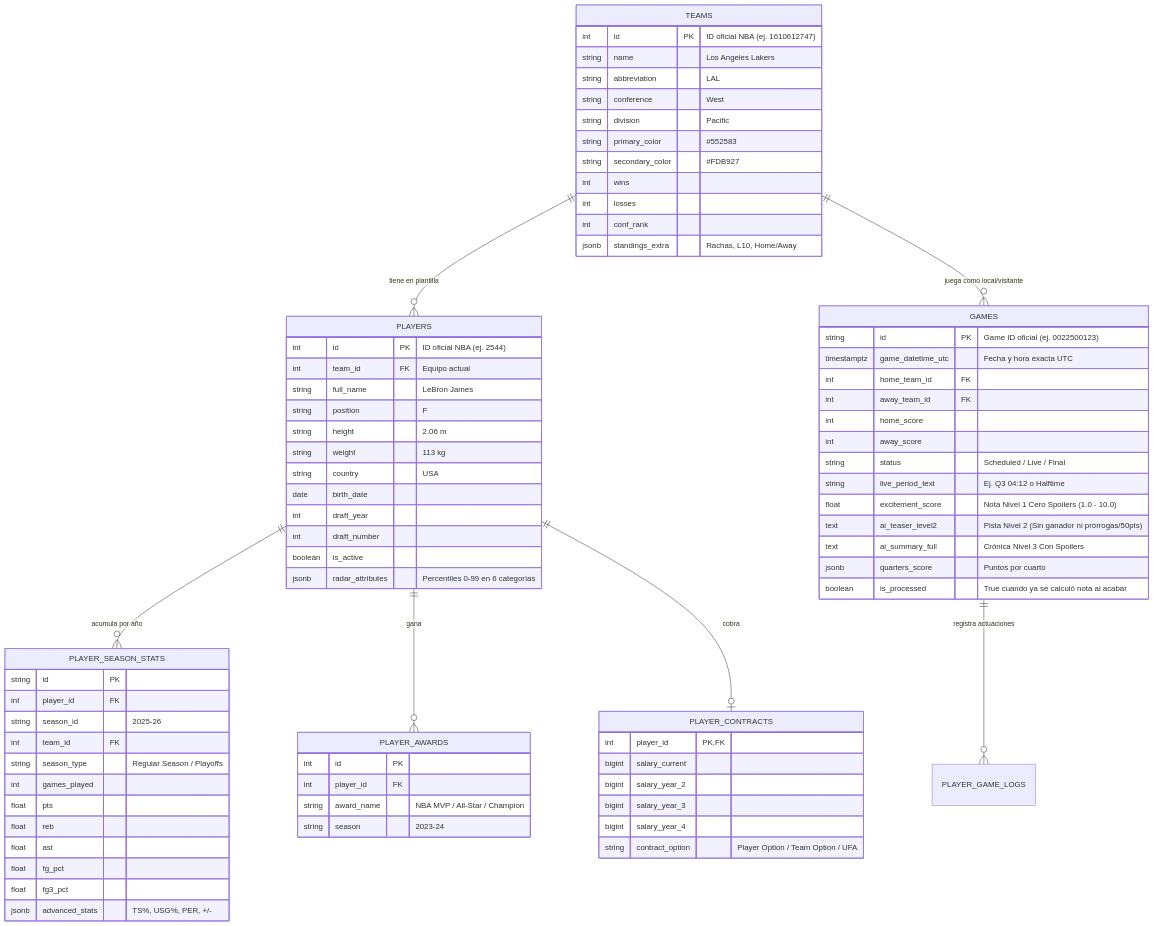
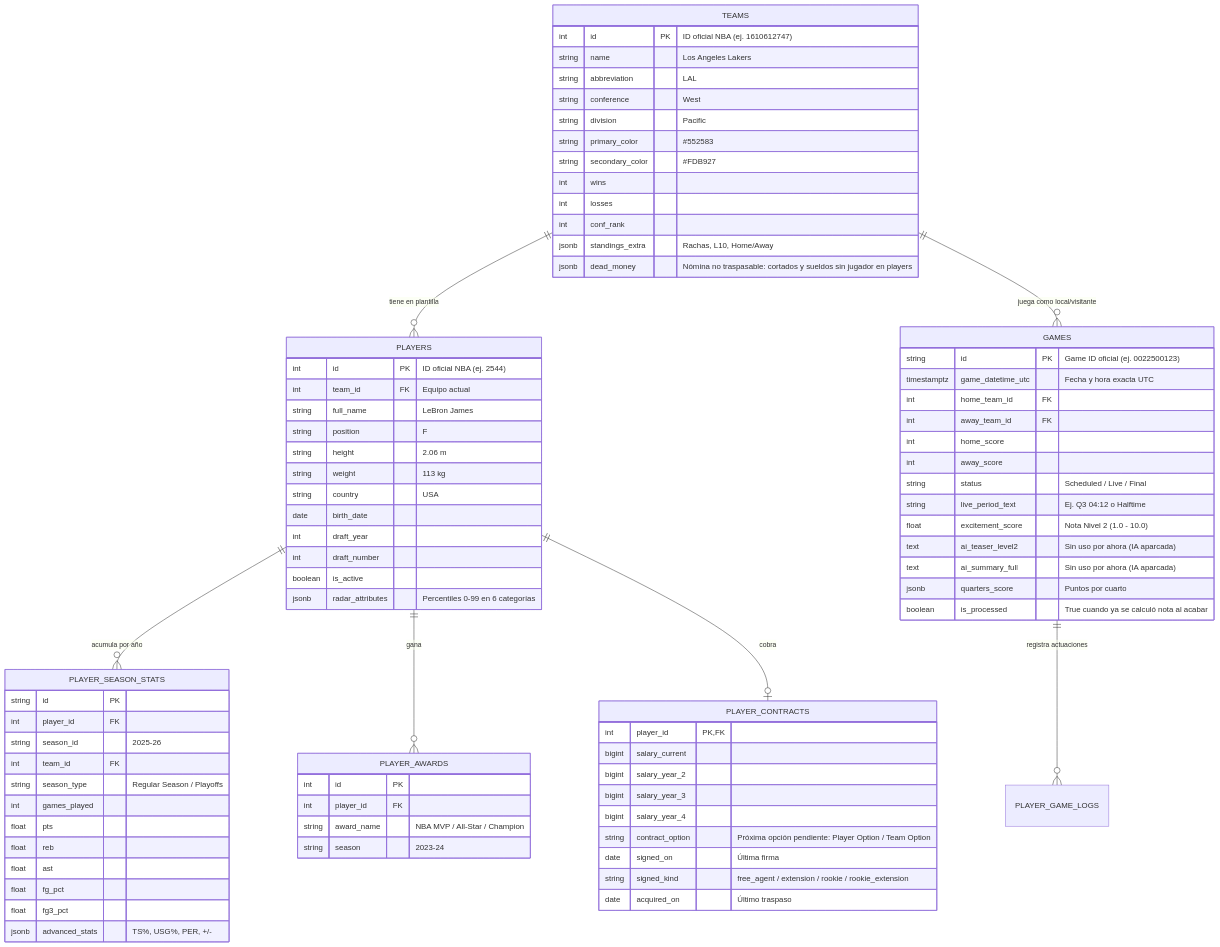
The second of 2 diagrams in README.md (apf310/hoopmeter), drawn with Mermaid before and after one commit. The commit also changed other lines of this file and 219 other files, not shown here.

````diff
--- a/README.md
+++ b/README.md
@@ -164,6 +162,7 @@
         int losses
         int conf_rank
         jsonb standings_extra "Rachas, L10, Home/Away"
+        jsonb dead_money "Nómina no traspasable: cortados y sueldos sin jugador en players"
     }
 
     PLAYERS {
@@ -190,9 +189,9 @@
         int away_score
         string status "Scheduled / Live / Final"
         string live_period_text "Ej. Q3 04:12 o Halftime"
-        float excitement_score "Nota Nivel 1 Cero Spoilers (1.0 - 10.0)"
-        text ai_teaser_level2 "Pista Nivel 2 (Sin ganador ni prórrogas/50pts)"
-        text ai_summary_full "Crónica Nivel 3 Con Spoilers"
+        float excitement_score "Nota Nivel 2 (1.0 - 10.0)"
+        text ai_teaser_level2 "Sin uso por ahora (IA aparcada)"
+        text ai_summary_full "Sin uso por ahora (IA aparcada)"
         jsonb quarters_score "Puntos por cuarto"
         boolean is_processed "True cuando ya se calculó nota al acabar"
     }
@@ -225,6 +224,9 @@
         bigint salary_year_2
         bigint salary_year_3
         bigint salary_year_4
-        string contract_option "Player Option / Team Option / UFA"
+        string contract_option "Próxima opción pendiente: Player Option / Team Option"
+        date signed_on "Última firma"
+        string signed_kind "free_agent / extension / rookie / rookie_extension"
+        date acquired_on "Último traspaso"
     }
 ```
````
